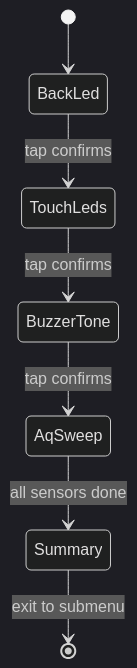
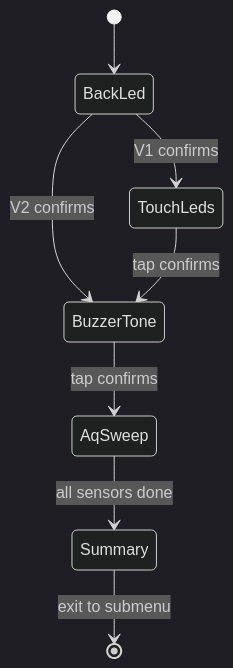
One commit to Open-Air-Foundation/firmware-core changed the second of 2 diagrams in products/go/specs/hardware_test.md. Above: the diagram before and after it, drawn with Mermaid (dark theme). The commit also changed other lines of this file and 13 other files, not shown here.

Commit message:
docs(go): clarify board-specific touch LED behavior

````diff
--- a/products/go/specs/hardware_test.md
+++ b/products/go/specs/hardware_test.md
@@ -126,9 +126,10 @@
 ```mermaid
 stateDiagram-v2
     [*] --> BackLed
-    BackLed --> TouchLeds: tap confirms
+    BackLed --> TouchLeds: V1 confirms
+    BackLed --> BuzzerTone: V2 confirms
     TouchLeds --> BuzzerTone: tap confirms
     BuzzerTone --> AqSweep: tap confirms
     AqSweep --> Summary: all sensors done
     Summary --> [*]: exit to submenu
 ```
````
